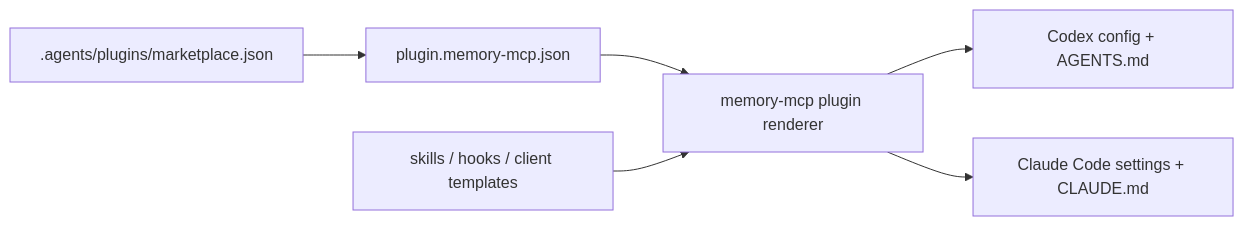
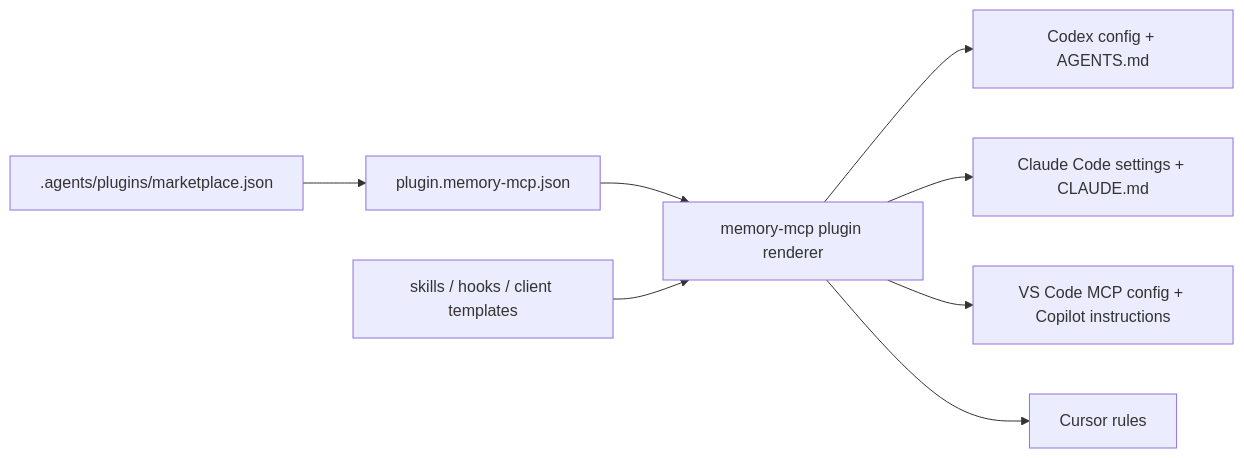
One commit to dwovitz/memory-mcp changed the diagram in docs/superpowers/specs/2026-05-15-plugin-marketplace-model-design.md. Above: the diagram before and after it, drawn with Mermaid. The commit also changed other lines of this file, not shown here.

Commit message:
docs: include copilot and cursor in plugin marketplace design

````diff
--- a/docs/superpowers/specs/2026-05-15-plugin-marketplace-model-design.md
+++ b/docs/superpowers/specs/2026-05-15-plugin-marketplace-model-design.md
@@ -149,15 +162,19 @@
 ```mermaid
 flowchart LR
     Marketplace[".agents/plugins/marketplace.json"]
     Manifest["plugin.memory-mcp.json"]
     Assets["skills / hooks / client templates"]
     Installer["memory-mcp plugin renderer"]
     Codex["Codex config + AGENTS.md"]
     Claude["Claude Code settings + CLAUDE.md"]
+    Copilot["VS Code MCP config + Copilot instructions"]
+    Cursor["Cursor rules"]
 
     Marketplace --> Manifest
     Manifest --> Installer
     Assets --> Installer
     Installer --> Codex
     Installer --> Claude
+    Installer --> Copilot
+    Installer --> Cursor
 ```
````
